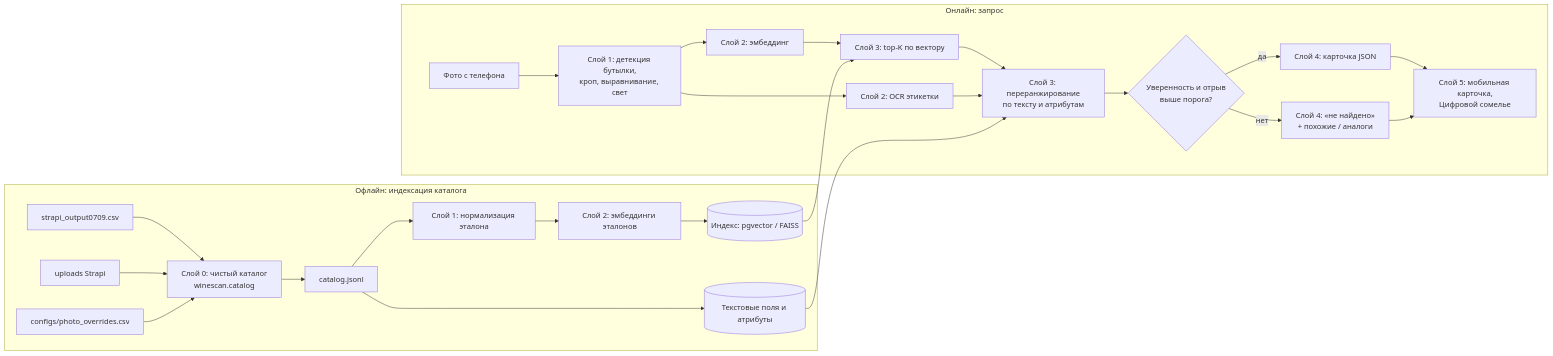
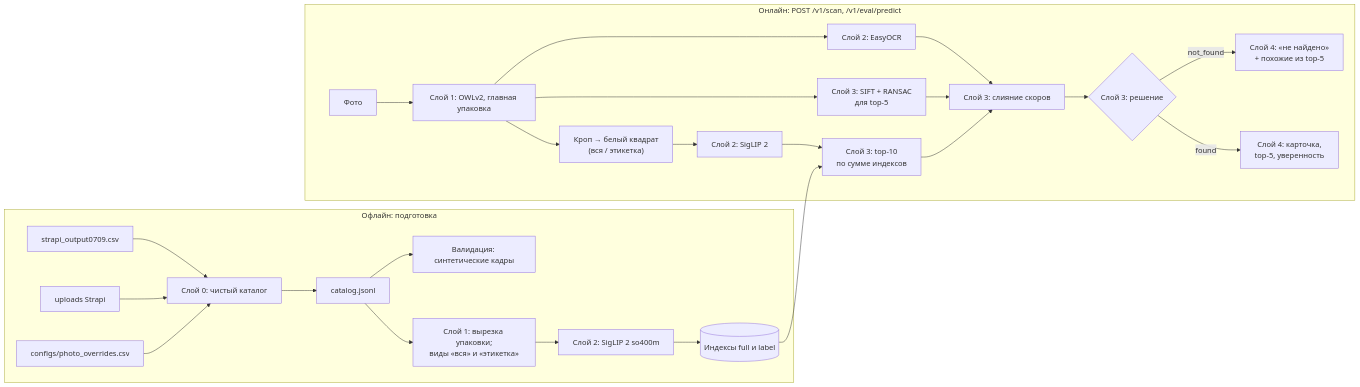
Before and after one commit to Slavuntik/lct2026_rshb_svoe_vino: the diagram in ARCHITECTURE.md, drawn with Mermaid. The commit also changed other lines of this file and 9 other files, not shown here.

````diff
--- a/ARCHITECTURE.md
+++ b/ARCHITECTURE.md
@@ -25,28 +28,28 @@
 ```mermaid
 flowchart LR
-  subgraph offline["Офлайн: индексация каталога"]
-    CSV["strapi_output0709.csv"] --> L0["Слой 0: чистый каталог<br/>winescan.catalog"]
+  subgraph offline["Офлайн: подготовка"]
+    CSV["strapi_output0709.csv"] --> L0["Слой 0: чистый каталог"]
     DUMP["uploads Strapi"] --> L0
     OVR["configs/photo_overrides.csv"] --> L0
     L0 --> CAT["catalog.jsonl"]
-    CAT --> N1["Слой 1: нормализация эталона"]
-    N1 --> F1["Слой 2: эмбеддинги эталонов"]
-    F1 --> IDX[("Индекс: pgvector / FAISS")]
-    CAT --> TXT[("Текстовые поля и атрибуты")]
+    CAT --> RV["Слой 1: вырезка упаковки;<br/>виды «вся» и «этикетка»"]
+    RV --> E1["Слой 2: SigLIP 2 so400m"]
+    E1 --> IDX[("Индексы full и label")]
+    CAT --> SYN["Валидация: синтетические кадры"]
   end
-  subgraph online["Онлайн: запрос"]
-    Q["Фото с телефона"] --> N2["Слой 1: детекция бутылки,<br/>кроп, выравнивание, свет"]
-    N2 --> F2["Слой 2: эмбеддинг"]
-    N2 --> OCR["Слой 2: OCR этикетки"]
-    F2 --> S["Слой 3: top-K по вектору"]
-    IDX --> S
-    S --> R["Слой 3: переранжирование<br/>по тексту и атрибутам"]
-    OCR --> R
-    TXT --> R
-    R --> C{"Уверенность и отрыв<br/>выше порога?"}
-    C -- да --> API["Слой 4: карточка JSON"]
-    C -- нет --> AN["Слой 4: «не найдено»<br/>+ похожие / аналоги"]
-    API --> UI["Слой 5: мобильная карточка,<br/>Цифровой сомелье"]
-    AN --> UI
+  subgraph online["Онлайн: POST /v1/scan, /v1/eval/predict"]
+    Q["Фото"] --> DET["Слой 1: OWLv2, главная упаковка"]
+    DET --> QV["Кроп → белый квадрат<br/>(вся / этикетка)"]
+    QV --> E2["Слой 2: SigLIP 2"]
+    E2 --> TOP["Слой 3: top-10<br/>по сумме индексов"]
+    IDX --> TOP
+    DET --> SIFT["Слой 3: SIFT + RANSAC<br/>для top-5"]
+    DET --> OCR["Слой 2: EasyOCR"]
+    TOP --> FUSE["Слой 3: слияние скоров"]
+    SIFT --> FUSE
+    OCR --> FUSE
+    FUSE --> DEC{"Слой 3: решение"}
+    DEC -- found --> CARD["Слой 4: карточка,<br/>top-5, уверенность"]
+    DEC -- not_found --> ALT["Слой 4: «не найдено»<br/>+ похожие из top-5"]
   end
 ```
````
